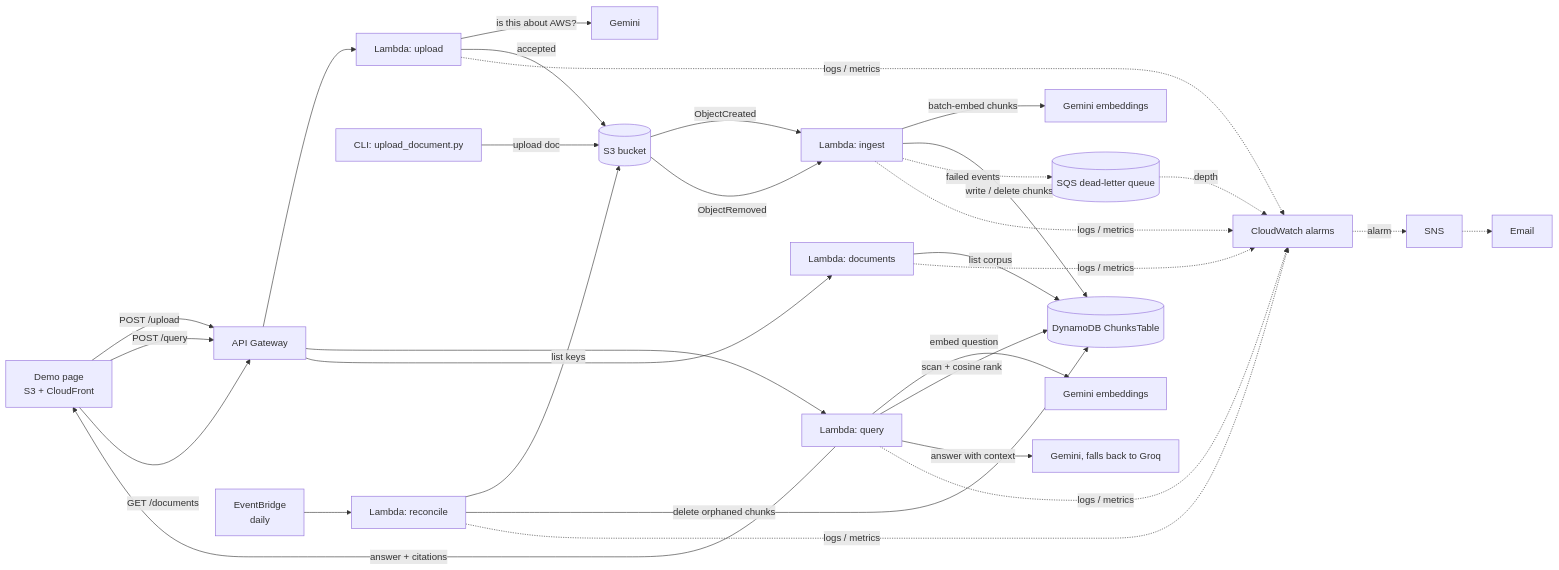
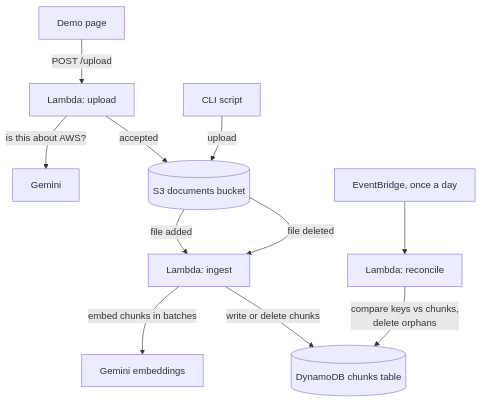
Before and after one commit to Shikha14DoD/AWS-DOC-QA: the first of 4 diagrams in README.md, drawn with Mermaid. The commit also changed other lines of this file, not shown here.

Commit message:
readme: split architecture into 3 top-down diagrams so they fit the page

````diff
--- a/README.md
+++ b/README.md
@@ -29,34 +33,13 @@
 ```mermaid
-flowchart LR
-    DEMO[Demo page\nS3 + CloudFront] -->|POST /upload| APIGW[API Gateway]
-    DEMO -->|POST /query| APIGW
-    DEMO -->|GET /documents| APIGW
-
-    APIGW --> UPL[Lambda: upload]
+flowchart TD
+    DEMO[Demo page] -->|POST /upload| UPL[Lambda: upload]
     UPL -->|is this about AWS?| GEM0[Gemini]
-    UPL -->|accepted| S3[(S3 bucket)]
-
-    CLI[CLI: upload_document.py] -->|upload doc| S3
-    S3 -->|ObjectCreated| ING[Lambda: ingest]
-    S3 -->|ObjectRemoved| ING
-    ING -->|batch-embed chunks| GEM1[Gemini embeddings]
-    ING -->|write / delete chunks| DDB[(DynamoDB ChunksTable)]
-
-    SCHED[EventBridge\ndaily] --> REC[Lambda: reconcile]
-    REC -->|list keys| S3
-    REC -->|delete orphaned chunks| DDB
-
-    APIGW --> QRY[Lambda: query]
-    QRY -->|embed question| GEM2[Gemini embeddings]
-    QRY -->|scan + cosine rank| DDB
-    QRY -->|answer with context| LLM[Gemini, falls back to Groq]
-    QRY -->|answer + citations| DEMO
-
-    APIGW --> DOCS[Lambda: documents]
-    DOCS -->|list corpus| DDB
-
-    ING -.failed events.-> DLQ[(SQS dead-letter queue)]
-    ING & QRY & UPL & DOCS & REC -.logs / metrics.-> CW[CloudWatch alarms]
-    DLQ -.depth.-> CW
-    CW -.alarm.-> SNS[SNS] -.-> EMAIL[Email]
+    UPL -->|accepted| S3[(S3 documents bucket)]
+    CLI[CLI script] -->|upload| S3
+    S3 -->|file added| ING[Lambda: ingest]
+    S3 -->|file deleted| ING
+    ING -->|embed chunks in batches| GEM1[Gemini embeddings]
+    ING -->|write or delete chunks| DDB[(DynamoDB chunks table)]
+    SCHED[EventBridge, once a day] --> REC[Lambda: reconcile]
+    REC -->|compare keys vs chunks,<br/>delete orphans| DDB
 ```
````
